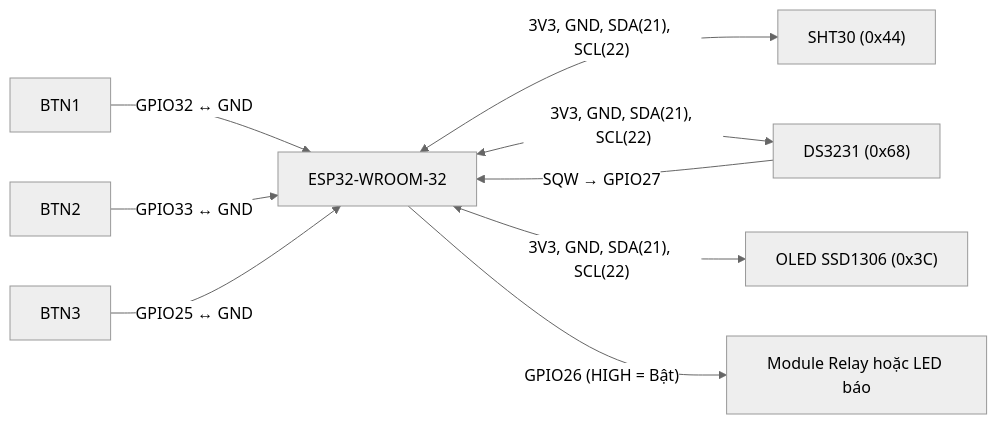
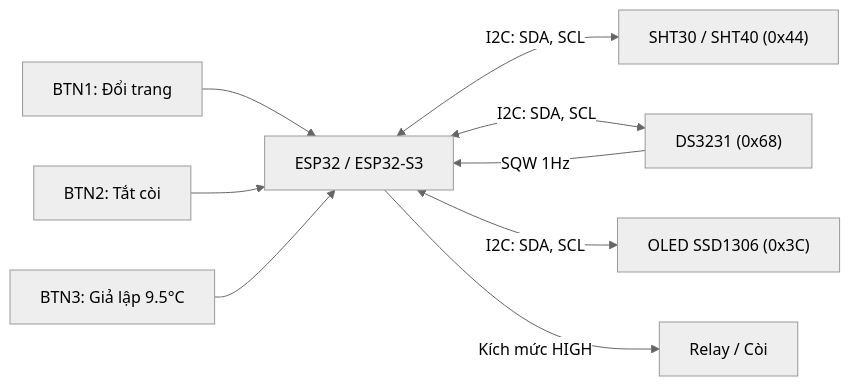
One commit to UFOsonzz/IOT-2026.1 changed the diagram in docs/01_technical_dossier/04_hardware_wiring.md. Above: the diagram before and after it, drawn with Mermaid (neutral theme). The commit also changed other lines of this file and 19 other files, not shown here.

Commit message:
feat(sprint1): support ESP32-S3 and SHT40, finalize sprint 1 documentation

````diff
--- a/docs/01_technical_dossier/04_hardware_wiring.md
+++ b/docs/01_technical_dossier/04_hardware_wiring.md
@@ -80,20 +46,20 @@
 ```mermaid
 flowchart LR
-    ESP["ESP32-WROOM-32"]
-    SHT["SHT30 (0x44)"]
+    MCU["ESP32 / ESP32-S3"]
+    SENSOR["SHT30 / SHT40 (0x44)"]
     RTC["DS3231 (0x68)"]
     OLED["OLED SSD1306 (0x3C)"]
-    B1["BTN1"]
-    B2["BTN2"]
-    B3["BTN3"]
-    ALARM["Module Relay hoặc LED báo"]
+    B1["BTN1: Đổi trang"]
+    B2["BTN2: Tắt còi"]
+    B3["BTN3: Giả lập 9.5°C"]
+    ALARM["Relay / Còi"]
 
-    ESP <-->|"3V3, GND, SDA(21), SCL(22)"| SHT
-    ESP <-->|"3V3, GND, SDA(21), SCL(22)"| RTC
-    ESP <-->|"3V3, GND, SDA(21), SCL(22)"| OLED
-    RTC -->|"SQW → GPIO27"| ESP
-    B1 -->|"GPIO32 ↔ GND"| ESP
-    B2 -->|"GPIO33 ↔ GND"| ESP
-    B3 -->|"GPIO25 ↔ GND"| ESP
-    ESP -->|"GPIO26 (HIGH = Bật)"| ALARM
+    MCU <-->|"I2C: SDA, SCL"| SENSOR
+    MCU <-->|"I2C: SDA, SCL"| RTC
+    MCU <-->|"I2C: SDA, SCL"| OLED
+    RTC -->|"SQW 1Hz"| MCU
+    B1 --> MCU
+    B2 --> MCU
+    B3 --> MCU
+    MCU -->|"Kích mức HIGH"| ALARM
 ```
````
